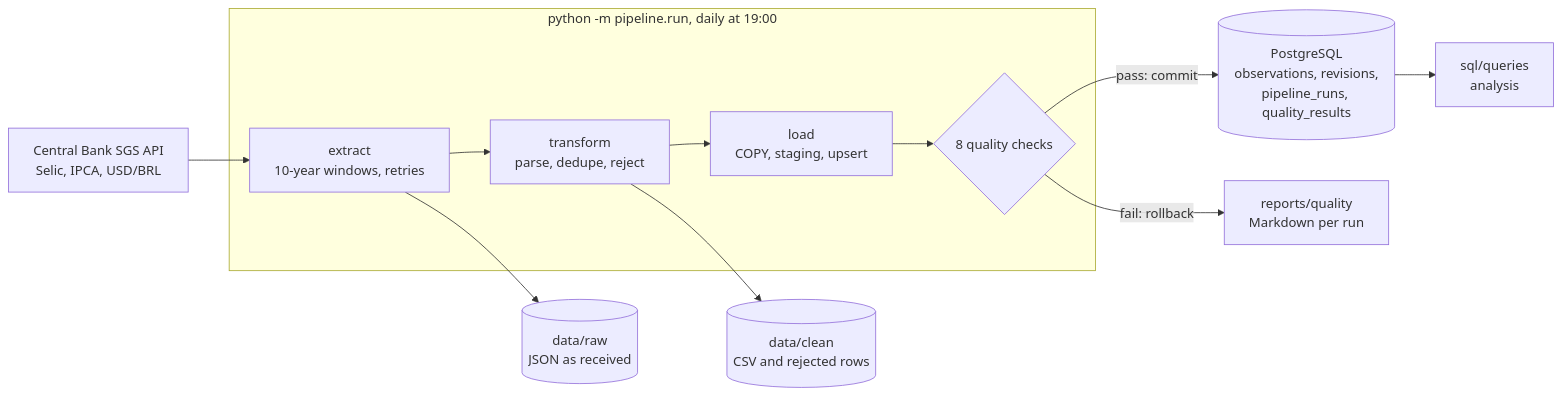
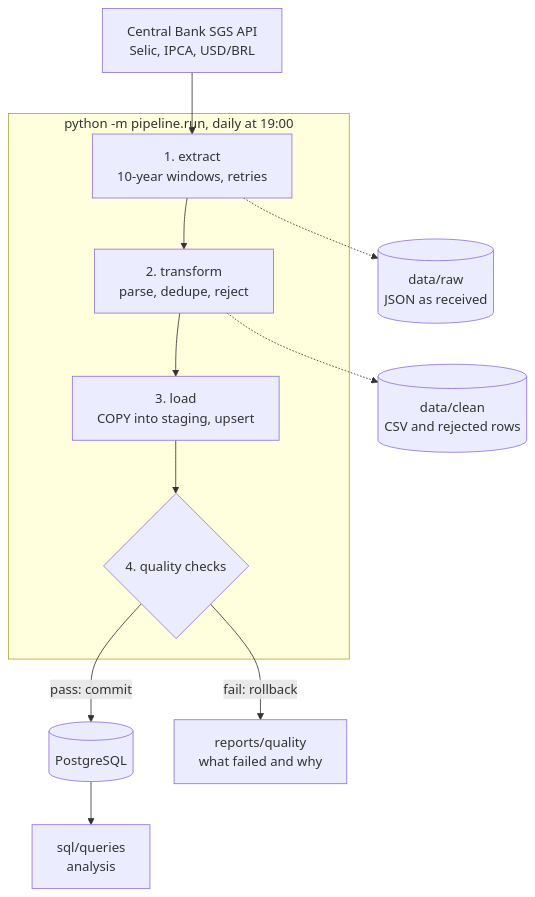
Before and after one commit to JoaoPedro0305/brazil-economic-data-pipeline: the diagram in README.md, drawn with Mermaid.

Commit message:
Make the architecture diagram vertical so it stays readable

````diff
--- a/README.md
+++ b/README.md
@@ -19,24 +19,19 @@
 ```mermaid
-flowchart LR
+flowchart TD
     api["Central Bank SGS API<br/>Selic, IPCA, USD/BRL"]
 
     subgraph run["python -m pipeline.run, daily at 19:00"]
-        extract["extract<br/>10-year windows, retries"]
-        transform["transform<br/>parse, dedupe, reject"]
-        load["load<br/>COPY, staging, upsert"]
-        quality{"8 quality checks"}
+        extract["1. extract<br/>10-year windows, retries"]
+        transform["2. transform<br/>parse, dedupe, reject"]
+        load["3. load<br/>COPY into staging, upsert"]
+        quality{"4. quality checks"}
+        extract --> transform --> load --> quality
     end
 
-    raw[("data/raw<br/>JSON as received")]
-    clean[("data/clean<br/>CSV and rejected rows")]
-    db[("PostgreSQL<br/>observations, revisions,<br/>pipeline_runs, quality_results")]
-    report["reports/quality<br/>Markdown per run"]
-    sql["sql/queries<br/>analysis"]
-
-    api --> extract --> transform --> load --> quality
-    extract --> raw
-    transform --> clean
-    quality -- "pass: commit" --> db
-    quality -- "fail: rollback" --> report
-    db --> sql
+    api --> extract
+    extract -.-> raw[("data/raw<br/>JSON as received")]
+    transform -.-> clean[("data/clean<br/>CSV and rejected rows")]
+    quality -- "pass: commit" --> db[("PostgreSQL")]
+    quality -- "fail: rollback" --> report["reports/quality<br/>what failed and why"]
+    db --> sql["sql/queries<br/>analysis"]
 ```
````
